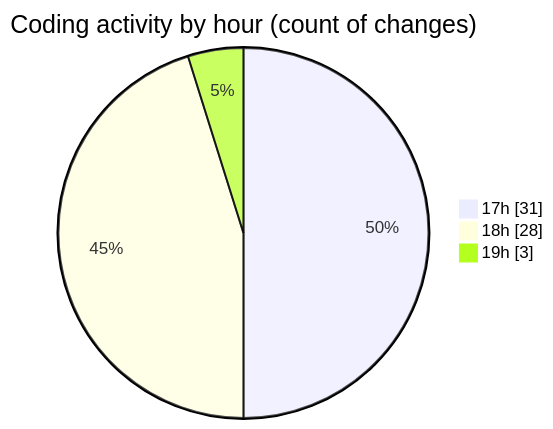
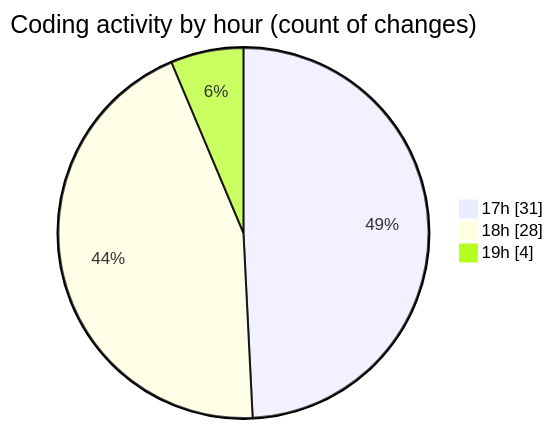
The second of 2 diagrams in 2025-07-19/nxtqube_webapp/README.md (nxtqubesakshisongat/code-tracking), drawn with Mermaid before and after one commit. The commit also changed other lines of this file and 1 other file, not shown here.

````diff
--- a/2025-07-19/nxtqube_webapp/README.md
+++ b/2025-07-19/nxtqube_webapp/README.md
@@ -43,7 +43,7 @@
 ```mermaid
 pie showData
 title Coding activity by hour (count of changes)
 "17h" : 31
 "18h" : 28
-"19h" : 3
+"19h" : 4
 ```
````
